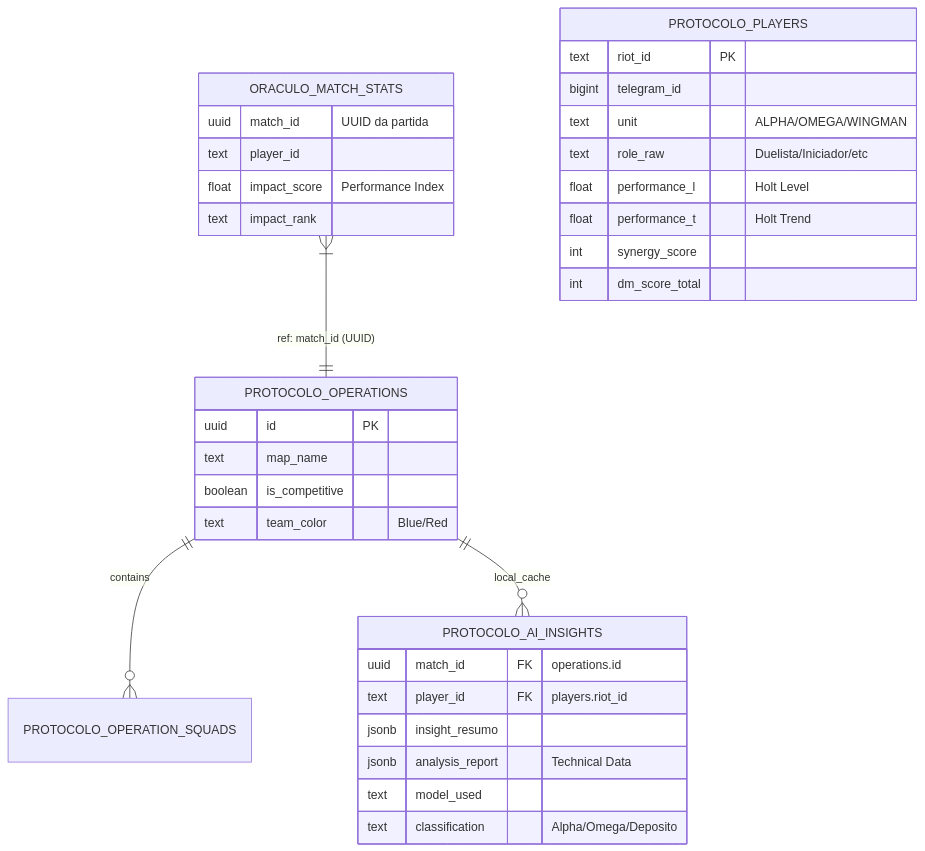
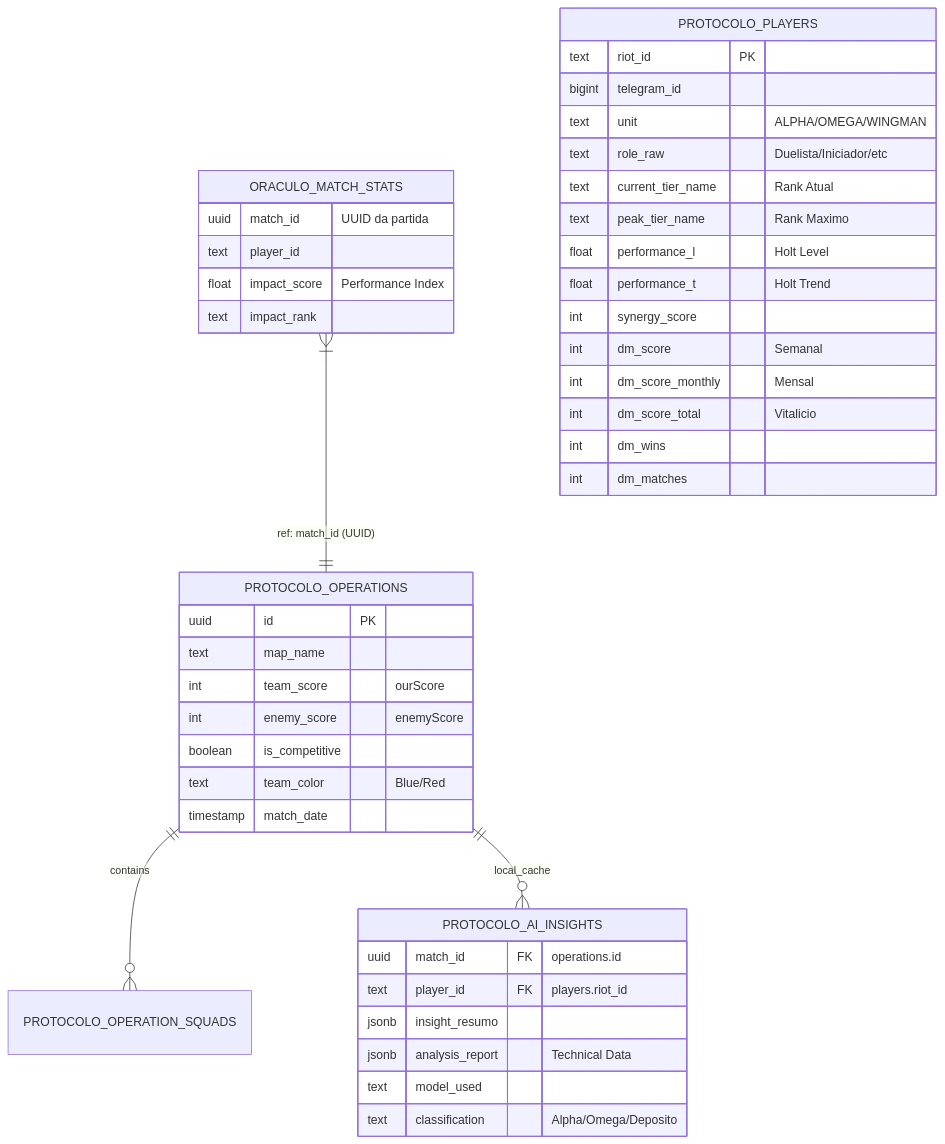
The diagram in docs/qa_architecture_blueprint.md (rodolphoborges/protocolov), drawn with Mermaid before and after one commit. The commit also changed other lines of this file and 6 other files, not shown here.

````diff
--- a/docs/qa_architecture_blueprint.md
+++ b/docs/qa_architecture_blueprint.md
@@ -13,40 +13,49 @@
 ```mermaid
 erDiagram
     PROTOCOLO_OPERATIONS ||--o{ PROTOCOLO_OPERATION_SQUADS : contains
     PROTOCOLO_OPERATIONS ||--o{ PROTOCOLO_AI_INSIGHTS : "local_cache"
     ORACULO_MATCH_STATS }|--|| PROTOCOLO_OPERATIONS : "ref: match_id (UUID)"
 
     PROTOCOLO_PLAYERS {
         text riot_id PK
         bigint telegram_id
         text unit "ALPHA/OMEGA/WINGMAN"
         text role_raw "Duelista/Iniciador/etc"
+        text current_tier_name "Rank Atual"
+        text peak_tier_name "Rank Maximo"
         float performance_l "Holt Level"
         float performance_t "Holt Trend"
         int synergy_score
-        int dm_score_total
+        int dm_score "Semanal"
+        int dm_score_monthly "Mensal"
+        int dm_score_total "Vitalicio"
+        int dm_wins
+        int dm_matches
     }
 
     PROTOCOLO_OPERATIONS {
         uuid id PK
         text map_name
+        int team_score "ourScore"
+        int enemy_score "enemyScore"
         boolean is_competitive
         text team_color "Blue/Red"
+        timestamp match_date
     }
 
     PROTOCOLO_AI_INSIGHTS {
         uuid match_id FK "operations.id"
         text player_id FK "players.riot_id"
         jsonb insight_resumo
         jsonb analysis_report "Technical Data"
         text model_used
         text classification "Alpha/Omega/Deposito"
     }
 
     ORACULO_MATCH_STATS {
         uuid match_id "UUID da partida"
         text player_id
         float impact_score "Performance Index"
         text impact_rank
     }
 ```
````
